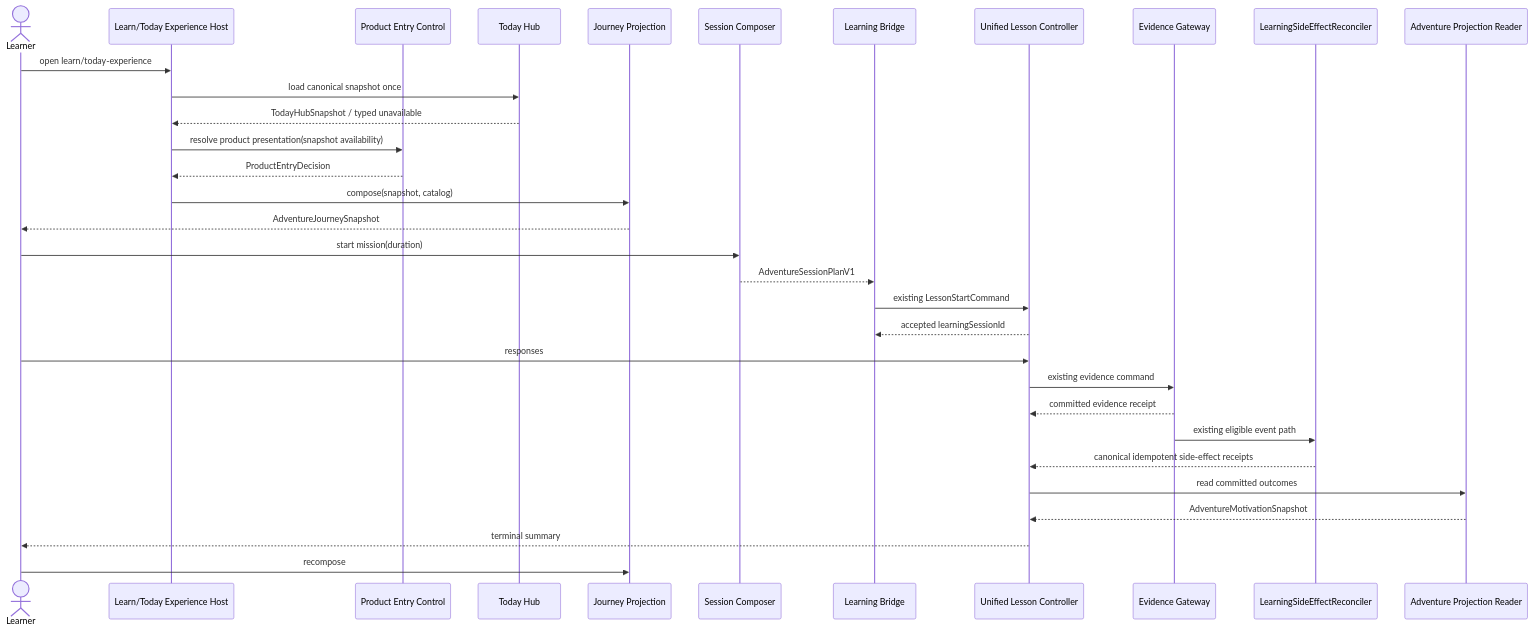
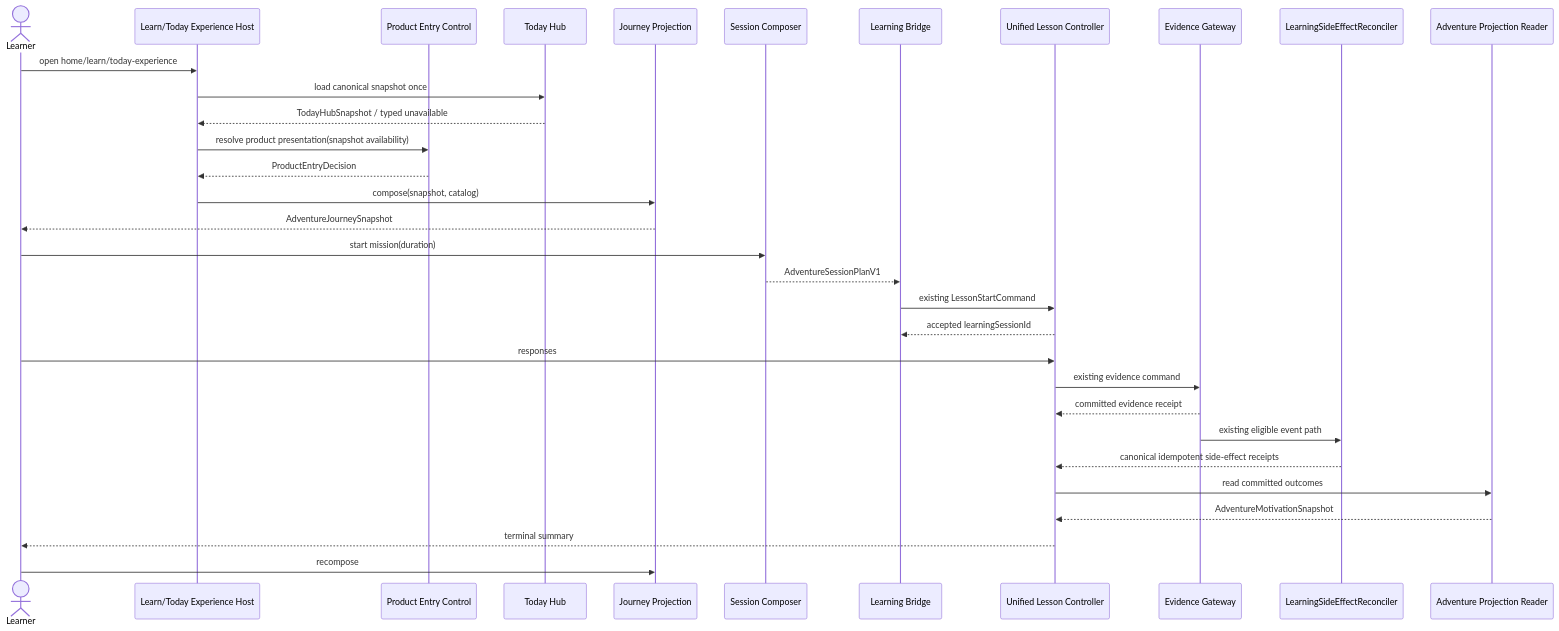
One commit to Phoomxo/LexiQuest changed the second of 4 diagrams in docs/adventure-motivation-mode/03-sds.md. Above: the diagram before and after it, drawn with Mermaid. The commit also changed other lines of this file and 14 other files, not shown here.

````diff
--- a/docs/adventure-motivation-mode/03-sds.md
+++ b/docs/adventure-motivation-mode/03-sds.md
@@ -717,34 +897,34 @@
 ```mermaid
 sequenceDiagram
   actor L as Learner
   participant H as Learn/Today Experience Host
   participant E as Product Entry Control
   participant T as Today Hub
   participant J as Journey Projection
   participant C as Session Composer
   participant B as Learning Bridge
   participant U as Unified Lesson Controller
   participant G as Evidence Gateway
   participant R as LearningSideEffectReconciler
   participant P as Adventure Projection Reader
-  L->>H: open learn/today-experience
+  L->>H: open home/learn/today-experience
   H->>T: load canonical snapshot once
   T-->>H: TodayHubSnapshot / typed unavailable
   H->>E: resolve product presentation(snapshot availability)
   E-->>H: ProductEntryDecision
   H->>J: compose(snapshot, catalog)
   J-->>L: AdventureJourneySnapshot
   L->>C: start mission(duration)
   C-->>B: AdventureSessionPlanV1
   B->>U: existing LessonStartCommand
   U-->>B: accepted learningSessionId
   L->>U: responses
   U->>G: existing evidence command
   G-->>U: committed evidence receipt
   G->>R: existing eligible event path
   R-->>U: canonical idempotent side-effect receipts
   U->>P: read committed outcomes
   P-->>U: AdventureMotivationSnapshot
   U-->>L: terminal summary
   L->>J: recompose
 ```
````
